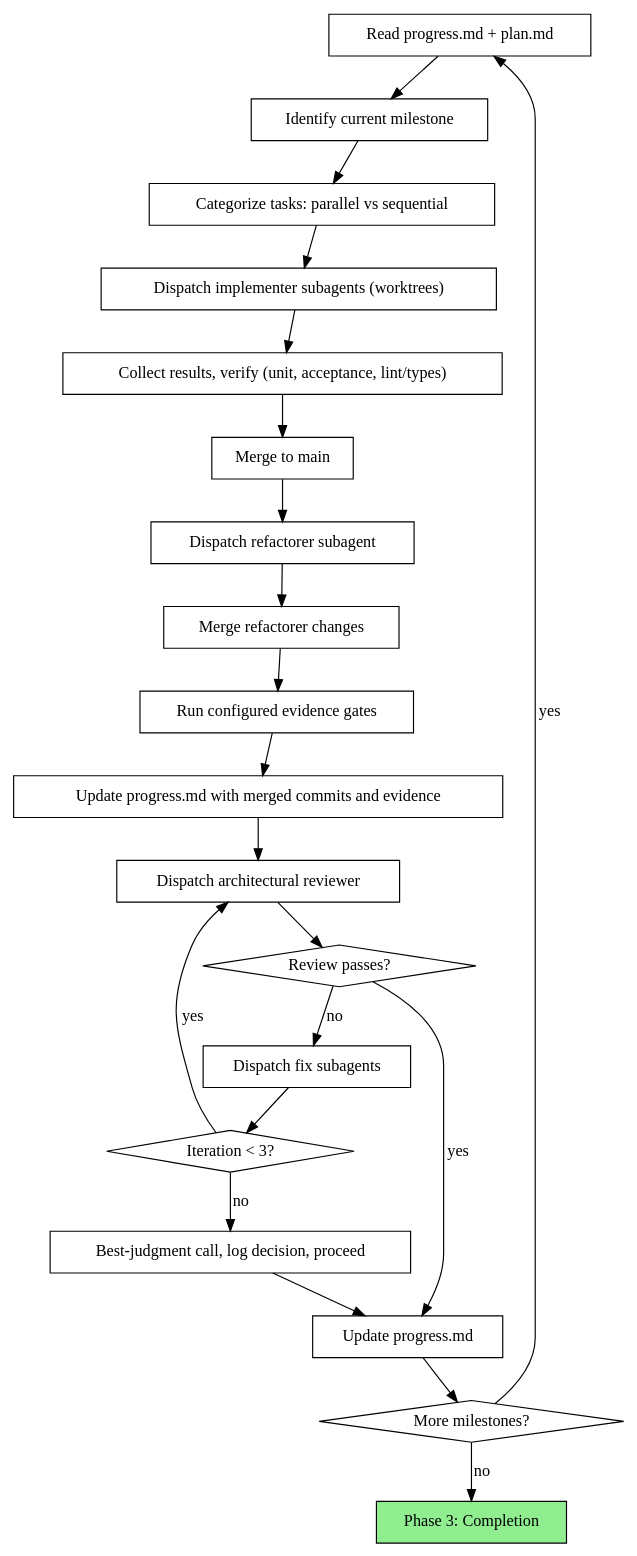
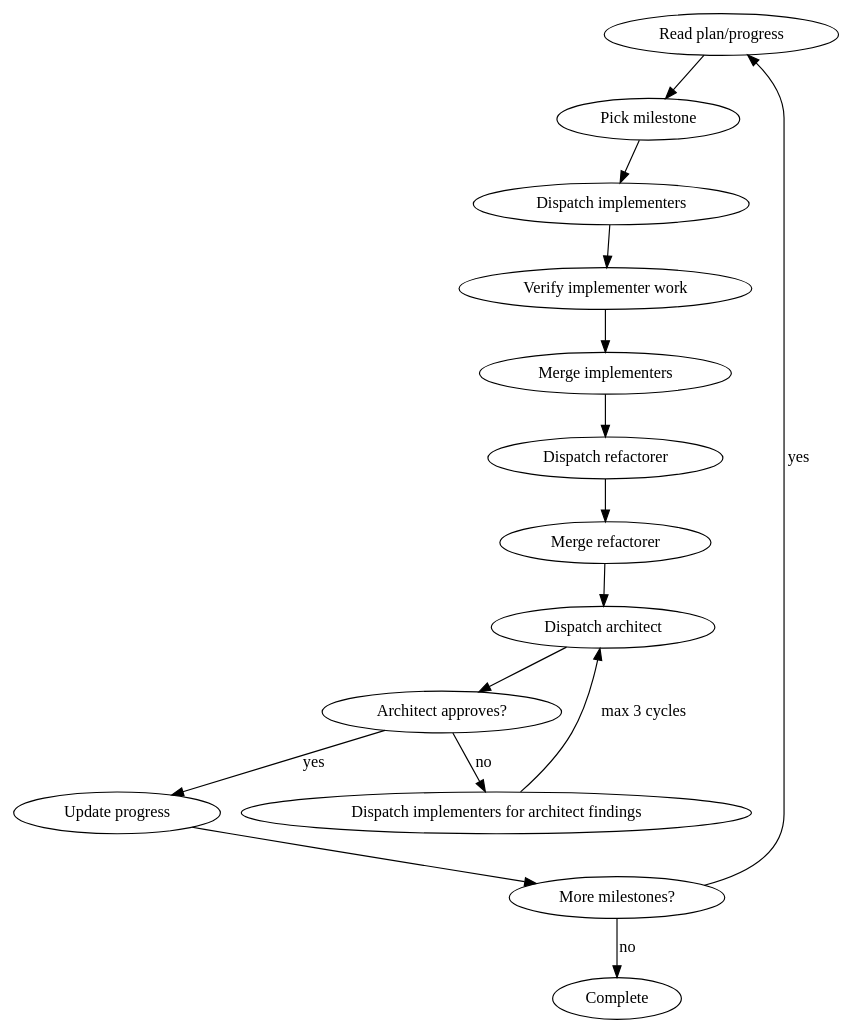
The diagram in skills/shepherd/SKILL.md (vadimcomanescu/agents-skills), drawn with Graphviz before and after one commit. The commit also changed other lines of this file and 18 other files, not shown here.

Commit message:
Simplify Shepherd repair orchestration

````diff
--- a/skills/shepherd/SKILL.md
+++ b/skills/shepherd/SKILL.md
@@ -153,45 +103,19 @@
 ```dot
-digraph orchestration {
-    rankdir=TB;
-
-    "Read progress.md + plan.md" [shape=box];
-    "Identify current milestone" [shape=box];
-    "Categorize tasks: parallel vs sequential" [shape=box];
-    "Dispatch implementer subagents (worktrees)" [shape=box];
-    "Collect results, verify (unit, acceptance, lint/types)" [shape=box];
-    "Merge to main" [shape=box];
-    "Dispatch refactorer subagent" [shape=box];
-    "Merge refactorer changes" [shape=box];
-    "Run configured evidence gates" [shape=box];
-    "Update progress.md with merged commits and evidence" [shape=box];
-    "Dispatch architectural reviewer" [shape=box];
-    "Review passes?" [shape=diamond];
-    "Dispatch fix subagents" [shape=box];
-    "Iteration < 3?" [shape=diamond];
-    "Best-judgment call, log decision, proceed" [shape=box];
-    "Update progress.md" [shape=box];
-    "More milestones?" [shape=diamond];
-    "Phase 3: Completion" [shape=box style=filled fillcolor=lightgreen];
-
-    "Read progress.md + plan.md" -> "Identify current milestone";
-    "Identify current milestone" -> "Categorize tasks: parallel vs sequential";
-    "Categorize tasks: parallel vs sequential" -> "Dispatch implementer subagents (worktrees)";
-    "Dispatch implementer subagents (worktrees)" -> "Collect results, verify (unit, acceptance, lint/types)";
-    "Collect results, verify (unit, acceptance, lint/types)" -> "Merge to main";
-    "Merge to main" -> "Dispatch refactorer subagent";
-    "Dispatch refactorer subagent" -> "Merge refactorer changes";
-    "Merge refactorer changes" -> "Run configured evidence gates";
-    "Run configured evidence gates" -> "Update progress.md with merged commits and evidence";
-    "Update progress.md with merged commits and evidence" -> "Dispatch architectural reviewer";
-    "Dispatch architectural reviewer" -> "Review passes?";
-    "Review passes?" -> "Update progress.md" [label="yes"];
-    "Review passes?" -> "Dispatch fix subagents" [label="no"];
-    "Dispatch fix subagents" -> "Iteration < 3?";
-    "Iteration < 3?" -> "Dispatch architectural reviewer" [label="yes"];
-    "Iteration < 3?" -> "Best-judgment call, log decision, proceed" [label="no"];
-    "Best-judgment call, log decision, proceed" -> "Update progress.md";
-    "Update progress.md" -> "More milestones?";
-    "More milestones?" -> "Read progress.md + plan.md" [label="yes"];
-    "More milestones?" -> "Phase 3: Completion" [label="no"];
+digraph shepherd_loop {
+  rankdir=TB;
+  "Read plan/progress" -> "Pick milestone";
+  "Pick milestone" -> "Dispatch implementers";
+  "Dispatch implementers" -> "Verify implementer work";
+  "Verify implementer work" -> "Merge implementers";
+  "Merge implementers" -> "Dispatch refactorer";
+  "Dispatch refactorer" -> "Merge refactorer";
+  "Merge refactorer" -> "Dispatch architect";
+  "Dispatch architect" -> "Architect approves?";
+  "Architect approves?" -> "Update progress" [label="yes"];
+  "Architect approves?" -> "Dispatch implementers for architect findings" [label="no"];
+  "Dispatch implementers for architect findings" -> "Dispatch architect" [label="max 3 cycles"];
+  "Update progress" -> "More milestones?";
+  "More milestones?" -> "Read plan/progress" [label="yes"];
+  "More milestones?" -> "Complete" [label="no"];
 }
 ```
````
